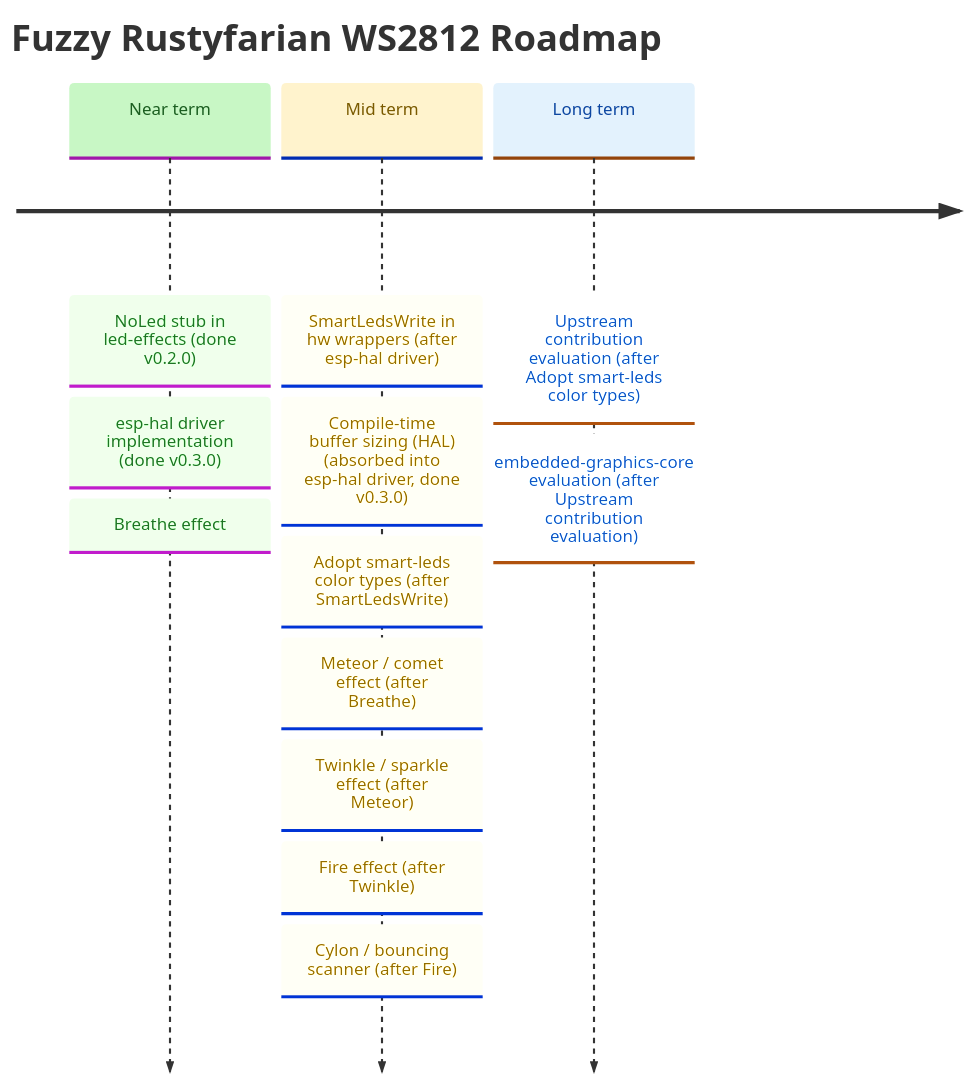
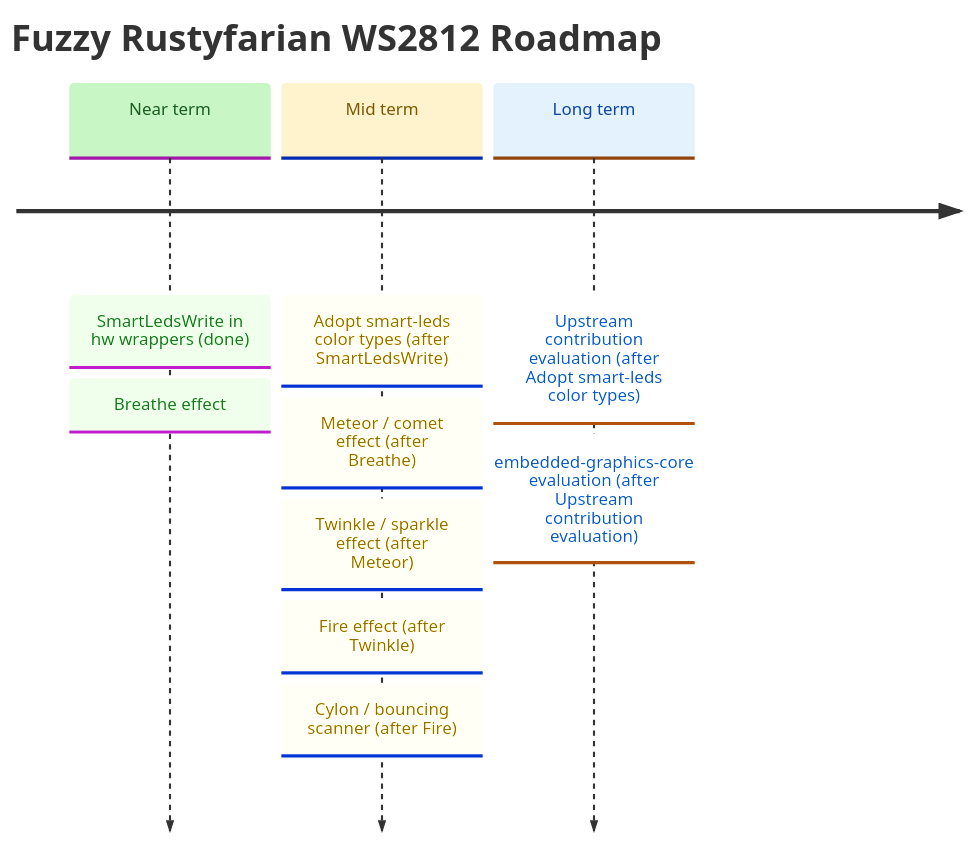
The diagram in docs/ROADMAP.md (datenkollektiv/rustyfarian-ws2812), drawn with Mermaid before and after one commit. The commit also changed other lines of this file and 8 other files, not shown here.

Commit message:
Implement SmartLedsWrite for both HAL and IDF driver crates

````diff
--- a/docs/ROADMAP.md
+++ b/docs/ROADMAP.md
@@ -9,31 +10,28 @@
 ```mermaid
 %%{init: {
   "theme": "base",
   "themeVariables": {
     "cScale0": "#c8f7c5",
     "cScaleLabel0": "#1b5e20",
     "cScale1": "#fff3cd",
     "cScaleLabel1": "#7a5a00",
     "cScale2": "#e3f2fd",
     "cScaleLabel2": "#0d47a1"
   }
 }}%%
 
 timeline
     title Fuzzy Rustyfarian WS2812 Roadmap
 
-    Near term : NoLed stub in led-effects (done v0.2.0)
-              : esp-hal driver implementation (done v0.3.0)
+    Near term : SmartLedsWrite in hw wrappers (done)
               : Breathe effect
 
-    Mid term  : SmartLedsWrite in hw wrappers (after esp-hal driver)
-              : Compile-time buffer sizing (HAL) (absorbed into esp-hal driver, done v0.3.0)
-              : Adopt smart-leds color types (after SmartLedsWrite)
+    Mid term  : Adopt smart-leds color types (after SmartLedsWrite)
               : Meteor / comet effect (after Breathe)
               : Twinkle / sparkle effect (after Meteor)
               : Fire effect (after Twinkle)
               : Cylon / bouncing scanner (after Fire)
 
     Long term : Upstream contribution evaluation (after Adopt smart-leds color types)
               : embedded-graphics-core evaluation (after Upstream contribution evaluation)
 ```
````
